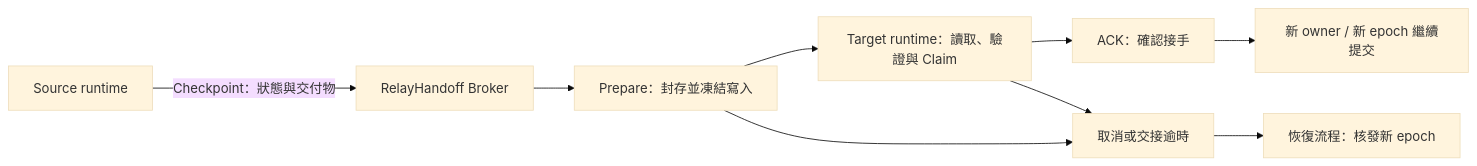
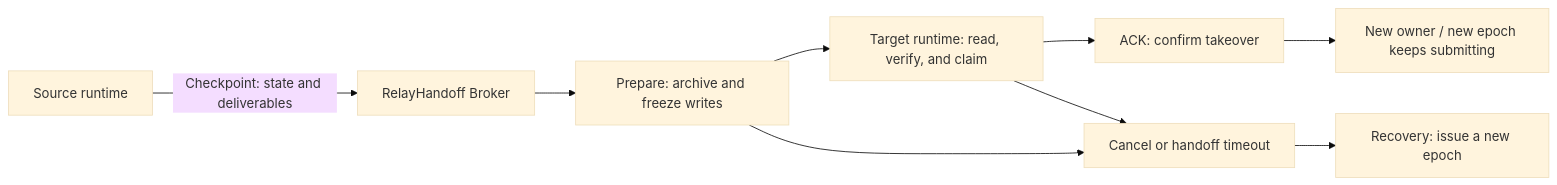
One commit to AIArchLab/works changed the diagram in relayhandoff/README.md. Above: the diagram before and after it, drawn with Mermaid (base theme). The commit also changed other lines of this file, not shown here.

````diff
--- a/relayhandoff/README.md
+++ b/relayhandoff/README.md
@@ -42,11 +58,11 @@
 ```mermaid
 flowchart LR
-    A[Source runtime] -->|Checkpoint：狀態與交付物| B[RelayHandoff Broker]
-    B --> C[Prepare：封存並凍結寫入]
-    C --> D[Target runtime：讀取、驗證與 Claim]
-    D --> E[ACK：確認接手]
-    E --> F[新 owner / 新 epoch 繼續提交]
-    C --> G[取消或交接逾時]
+    A[Source runtime] -->|Checkpoint: state and deliverables| B[RelayHandoff Broker]
+    B --> C[Prepare: archive and freeze writes]
+    C --> D[Target runtime: read, verify, and claim]
+    D --> E[ACK: confirm takeover]
+    E --> F[New owner / new epoch keeps submitting]
+    C --> G[Cancel or handoff timeout]
     D --> G
-    G --> H[恢復流程：核發新 epoch]
+    G --> H[Recovery: issue a new epoch]
 ```
````
